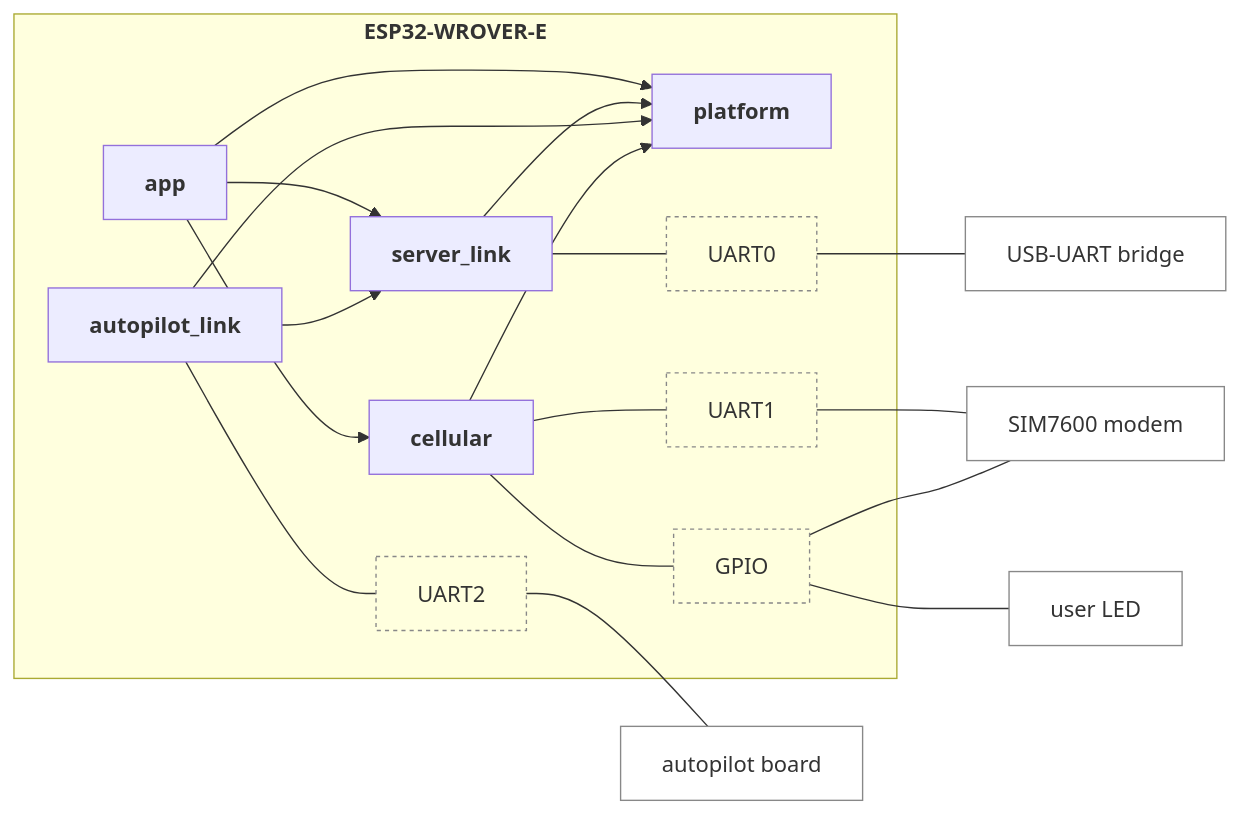
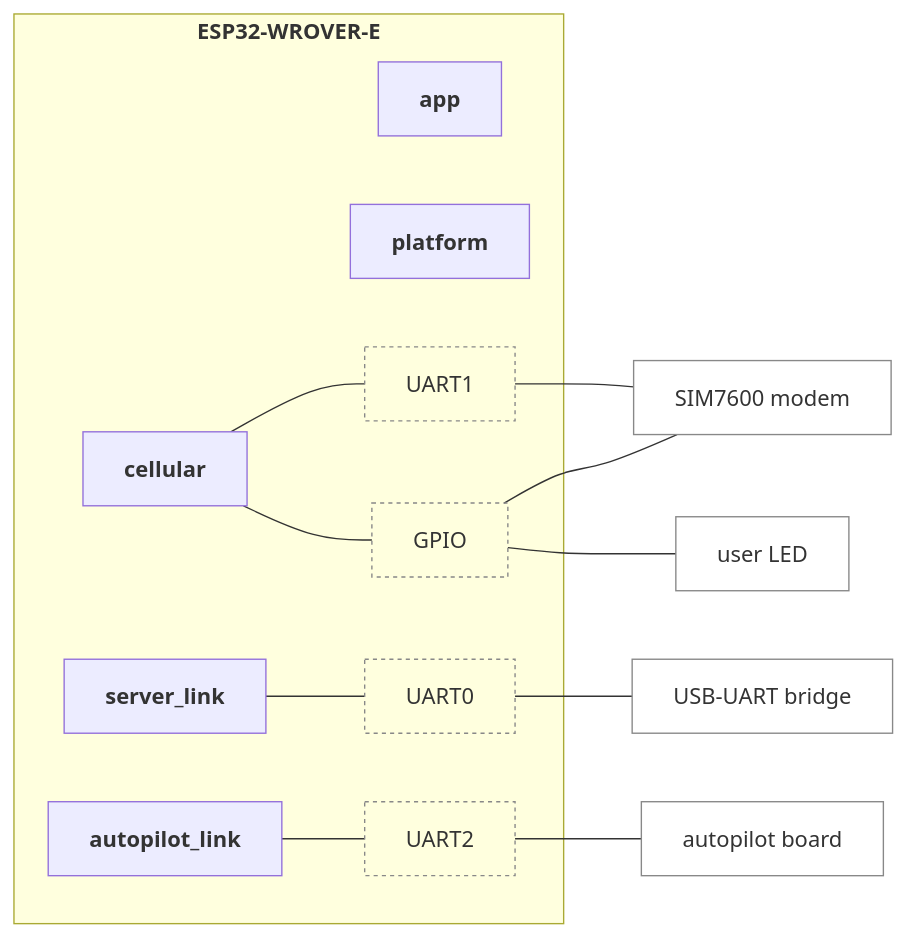
Before and after one commit to jRmx0/esp-architecture: the fourth of 6 diagrams in examples/gateway/diagrams.md, drawn with Mermaid. The commit also changed other lines of this file and 3 other files, not shown here.

````diff
--- a/examples/gateway/diagrams.md
+++ b/examples/gateway/diagrams.md
@@ -76,38 +76,31 @@
 ```mermaid
 flowchart LR
   subgraph cpu_box["<b>ESP32-WROVER-E</b>"]
     n_cellular["<b>cellular</b>"]
     n_server_link["<b>server_link</b>"]
     n_autopilot_link["<b>autopilot_link</b>"]
     n_app["<b>app</b>"]
     n_platform["<b>platform</b>"]
     n_uart_modem["UART1"]
     n_uart2_board["UART2"]
     n_uart0_console["UART0"]
     n_gpio_board["GPIO"]
   end
   n_sim7600["SIM7600 modem"]
   n_user_led["user LED"]
   n_autopilot_board["autopilot board"]
   n_ch9102["USB-UART bridge"]
-  n_app --> n_platform
-  n_app --> n_server_link
-  n_app --> n_cellular
-  n_server_link --> n_platform
-  n_autopilot_link --> n_server_link
-  n_autopilot_link --> n_platform
-  n_cellular --> n_platform
   n_server_link --- n_uart0_console
   n_cellular --- n_uart_modem
   n_cellular --- n_gpio_board
   n_autopilot_link --- n_uart2_board
   n_uart_modem --- n_sim7600
   n_gpio_board --- n_sim7600
   n_gpio_board --- n_user_led
   n_uart2_board --- n_autopilot_board
   n_uart0_console --- n_ch9102
   classDef bus fill:none,stroke:#888,stroke-dasharray:3 3
   class n_uart_modem,n_uart2_board,n_uart0_console,n_gpio_board bus
   classDef device fill:none,stroke:#888
   class n_sim7600,n_user_led,n_autopilot_board,n_ch9102 device
 ```
````
